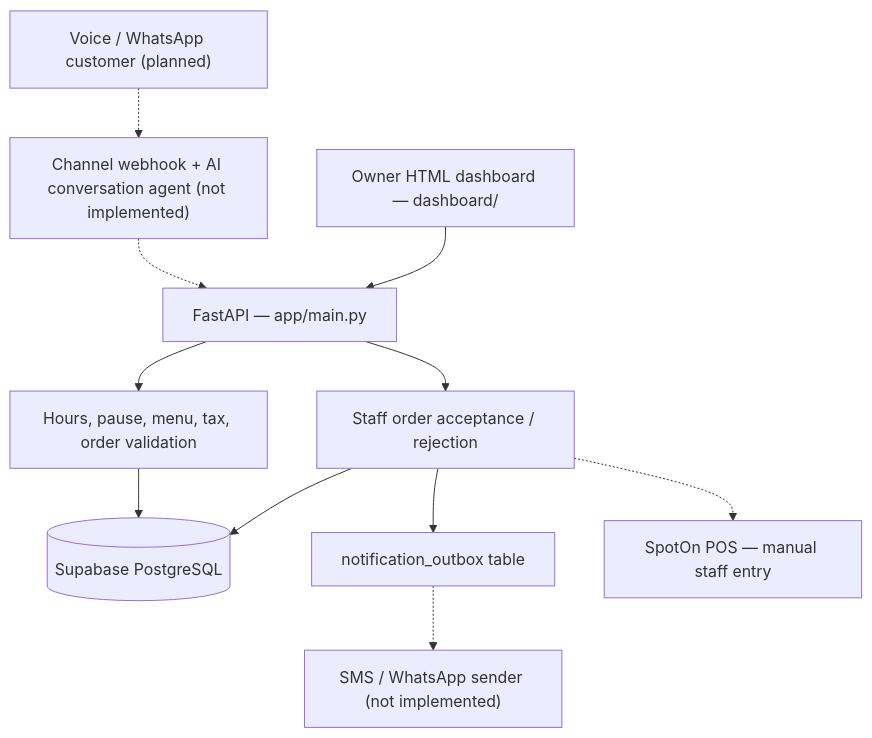
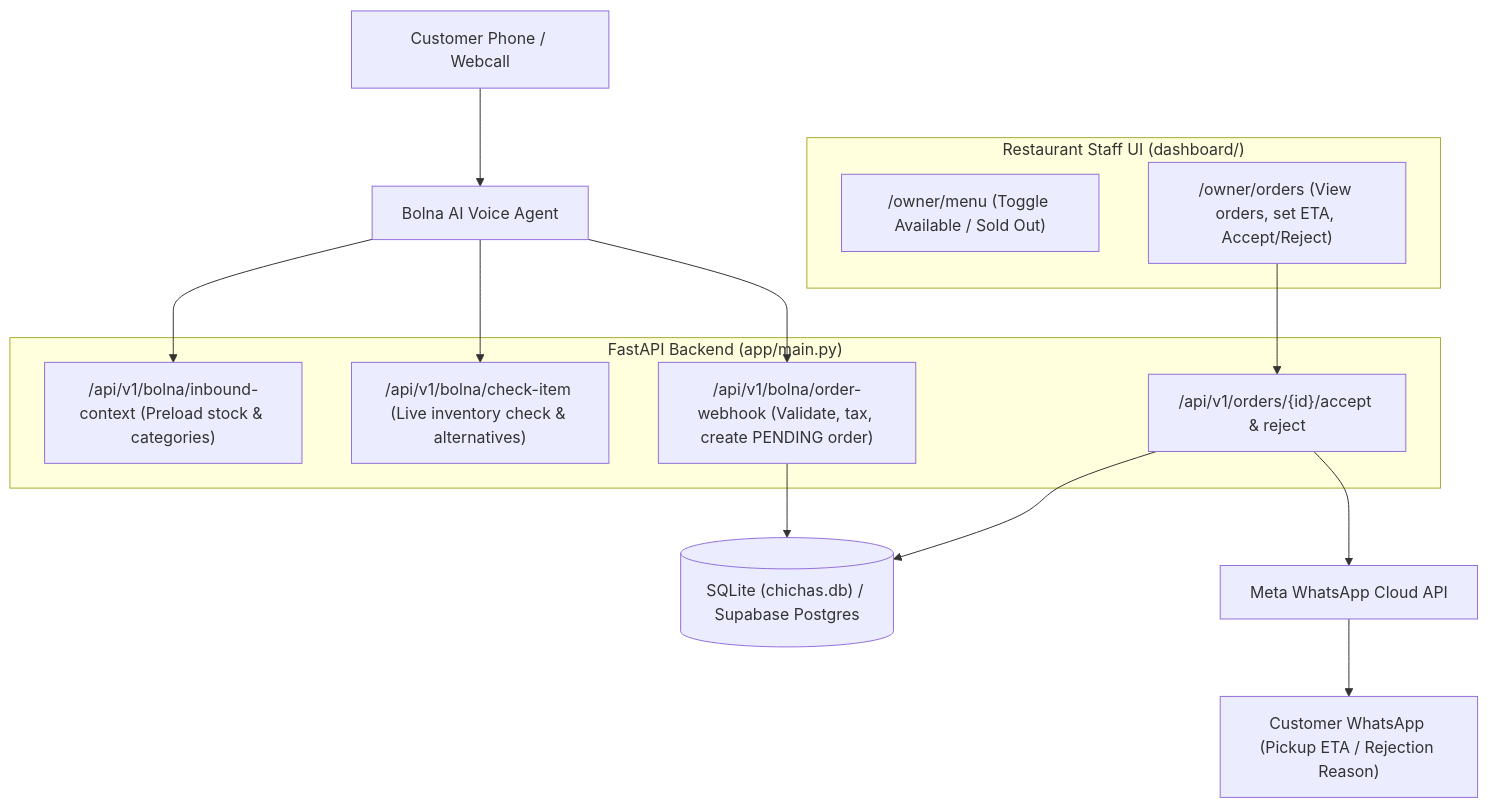
The diagram in README.md (sampathpulukurthi/chichas-ai-ordering), drawn with Mermaid before and after one commit. The commit also changed other lines of this file and 9 other files, not shown here.

Commit message:
Add Bolna voice ordering, kitchen dashboard, and WhatsApp notifications

````diff
--- a/README.md
+++ b/README.md
@@ -27,13 +12,27 @@
 ```mermaid
 flowchart TD
-    Customer["Voice / WhatsApp customer (planned)"] -.-> Adapter["Channel webhook + AI conversation agent (not implemented)"]
-    Adapter -.-> API["FastAPI — app/main.py"]
-    Owner["Owner HTML dashboard — dashboard/"] --> API
-    API --> Rules["Hours, pause, menu, tax, order validation"]
-    Rules --> DB[("Supabase PostgreSQL")]
-    API --> Approval["Staff order acceptance / rejection"]
-    Approval --> DB
-    Approval --> Outbox["notification_outbox table"]
-    Outbox -.-> Delivery["SMS / WhatsApp sender (not implemented)"]
-    Approval -.-> POS["SpotOn POS — manual staff entry"]
+    CustomerPhone["Customer Phone / Webcall"] --> Bolna["Bolna AI Voice Agent"]
+    
+    subgraph FastAPI Backend ["FastAPI Backend (app/main.py)"]
+        Context["/api/v1/bolna/inbound-context (Preload stock & categories)"]
+        CheckItem["/api/v1/bolna/check-item (Live inventory check & alternatives)"]
+        OrderHook["/api/v1/bolna/order-webhook (Validate, tax, create PENDING order)"]
+        StaffAPI["/api/v1/orders/{id}/accept & reject"]
+    end
+
+    Bolna --> Context
+    Bolna --> CheckItem
+    Bolna --> OrderHook
+
+    OrderHook --> DB[("SQLite (chichas.db) / Supabase Postgres")]
+    
+    subgraph Restaurant Dashboard ["Restaurant Staff UI (dashboard/)"]
+        MenuUI["/owner/menu (Toggle Available / Sold Out)"]
+        OrdersUI["/owner/orders (View orders, set ETA, Accept/Reject)"]
+    end
+
+    OrdersUI --> StaffAPI
+    StaffAPI --> DB
+    StaffAPI --> MetaWA["Meta WhatsApp Cloud API"]
+    MetaWA --> CustomerWA["Customer WhatsApp (Pickup ETA / Rejection Reason)"]
 ```
````
